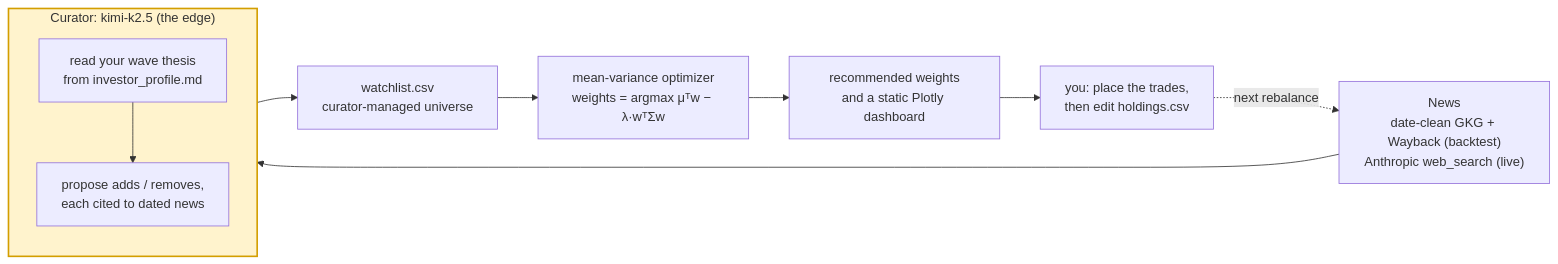
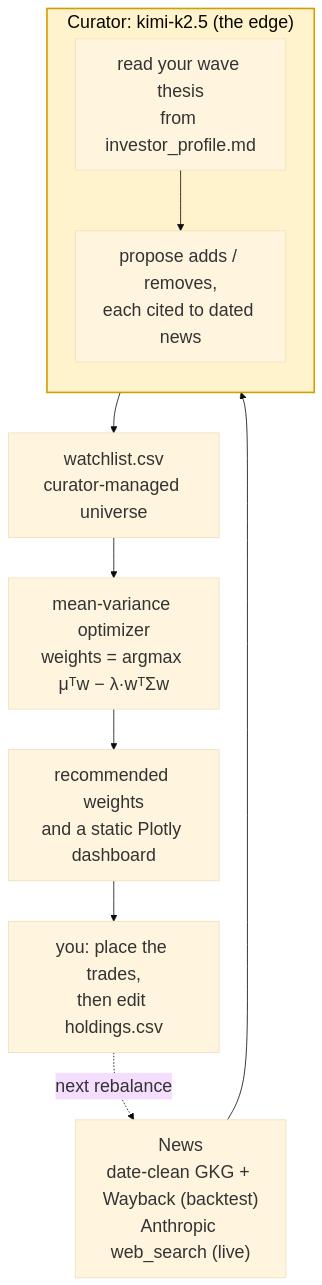
One commit to joehahn/portfolio-wave-rider changed the diagram in README.md. Above: the diagram before and after it, drawn with Mermaid. The commit also changed other lines of this file, not shown here.

````diff
--- a/README.md
+++ b/README.md
@@ -36,15 +36,16 @@
 ```mermaid
-flowchart LR
+%%{init: {"theme":"base", "themeVariables": {"fontSize":"22px"}}}%%
+flowchart TD
     N["News<br/>date-clean GKG + Wayback (backtest)<br/>Anthropic web_search (live)"]
     subgraph CUR["Curator: kimi-k2.5 (the edge)"]
       direction TB
       A["read your wave thesis<br/>from investor_profile.md"] --> B["propose adds / removes,<br/>each cited to dated news"]
     end
     N --> CUR
     CUR --> W["watchlist.csv<br/>curator-managed universe"]
     W --> O["mean-variance optimizer<br/>weights = argmax μᵀw − λ·wᵀΣw"]
     O --> D["recommended weights<br/>and a static Plotly dashboard"]
     D --> U["you: place the trades,<br/>then edit holdings.csv"]
     U -. next rebalance .-> N
     style CUR fill:#fff3cd,stroke:#d39e00,stroke-width:2px
 ```
````
